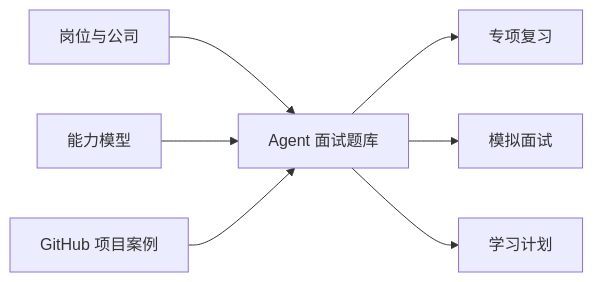
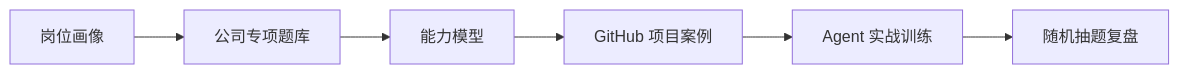
Before and after one commit to Harzva/Agent-Job-Interview: the diagram in README.md, drawn with Mermaid. The commit also changed other lines of this file and 247 other files, not shown here.

Commit message:
Merge agent interview and practice roadmaps

````diff
--- a/README.md
+++ b/README.md
@@ -40,9 +40,8 @@
 ```mermaid
 flowchart LR
-    A["岗位与公司"] --> D["Agent 面试题库"]
-    B["能力模型"] --> D
-    C["GitHub 项目案例"] --> D
-    D --> E["专项复习"]
-    D --> F["模拟面试"]
-    D --> G["学习计划"]
+    A["岗位画像"] --> B["公司专项题库"]
+    B --> C["能力模型"]
+    C --> D["GitHub 项目案例"]
+    D --> E["Agent 实战训练"]
+    E --> F["随机抽题复盘"]
 ```
````
